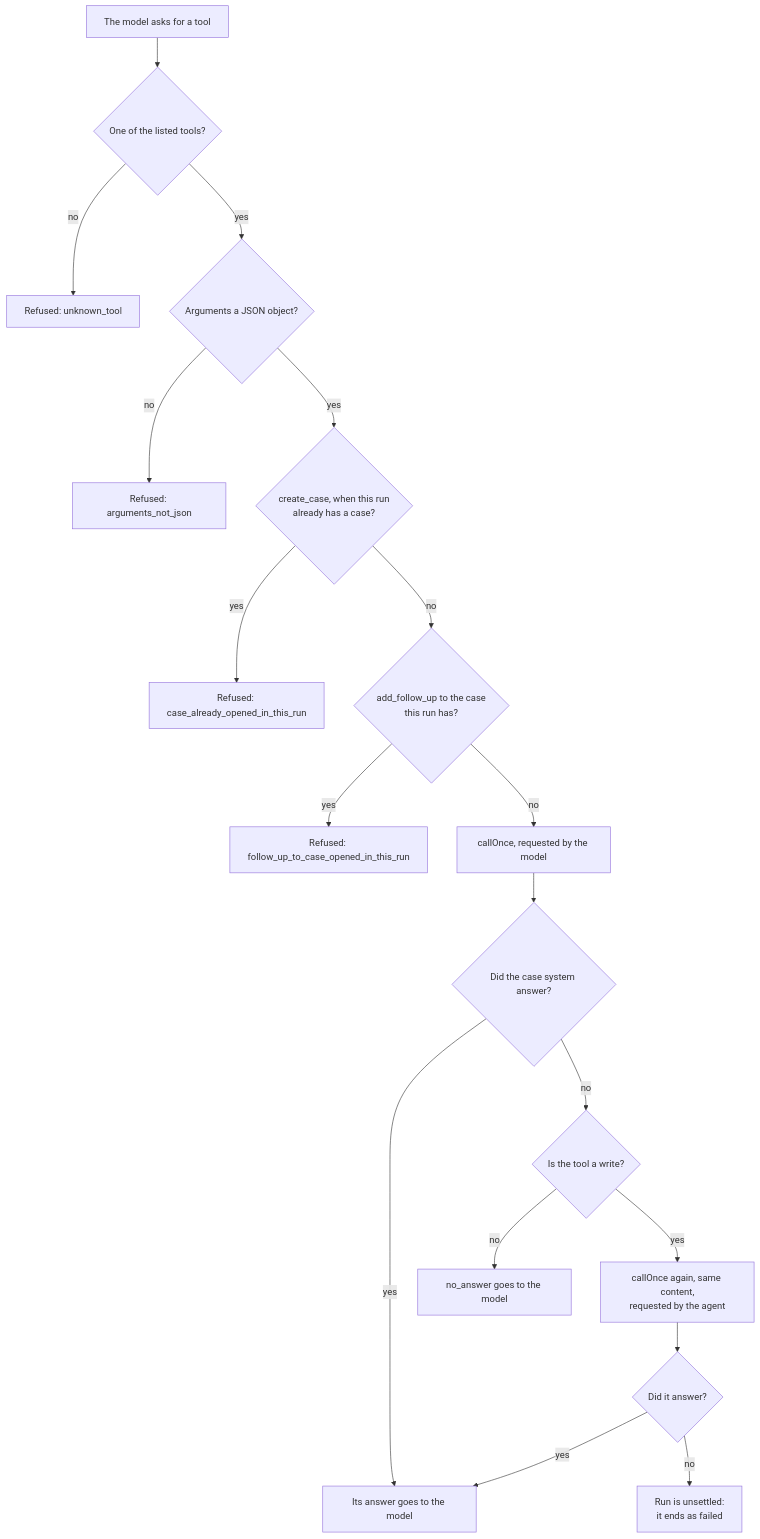
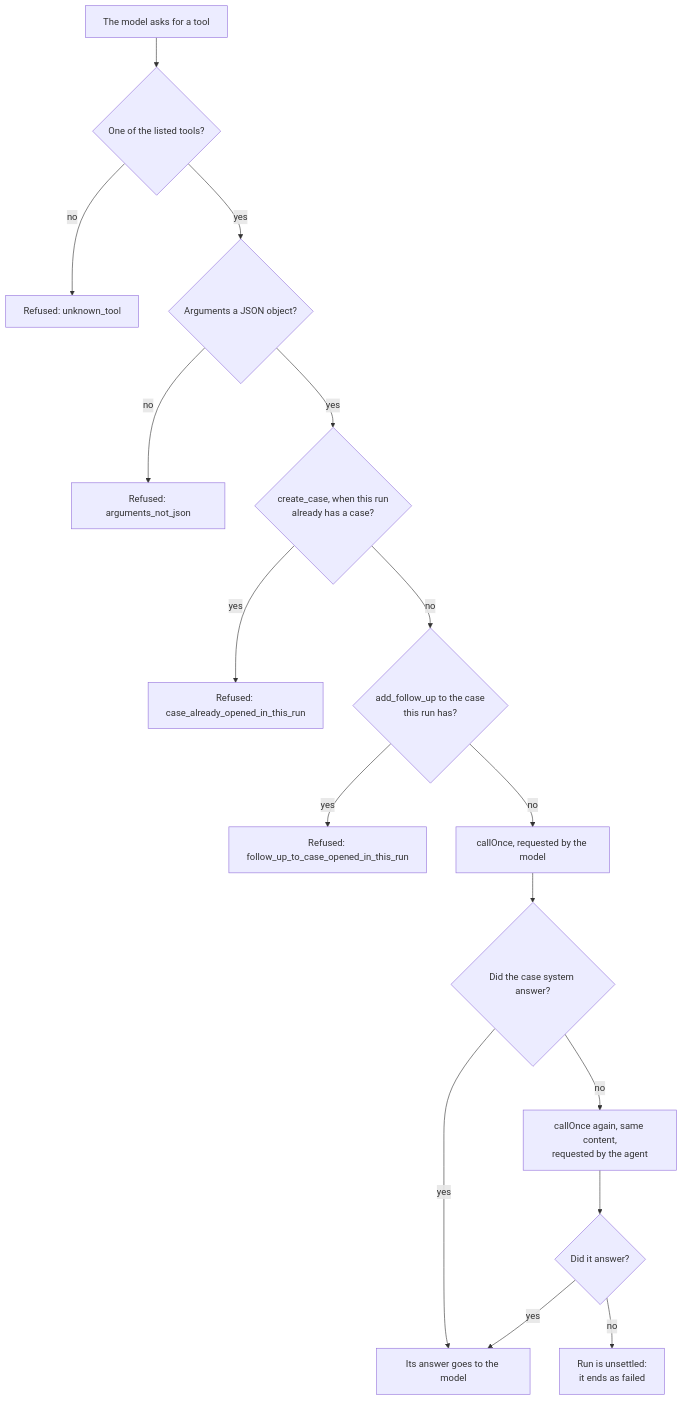
One commit to AndrewPHunter/ai-on-aws changed the third of 4 diagrams in docs/architecture/intake-agent-handwritten.md. Above: the diagram before and after it, drawn with Mermaid. The commit also changed other lines of this file and 6 other files, not shown here.

Commit message:
Intake agents: a lookup that is offered is neither shown to the model nor callable, and a branch for tools that do not write is gone

````diff
--- a/docs/architecture/intake-agent-handwritten.md
+++ b/docs/architecture/intake-agent-handwritten.md
@@ -161,20 +161,18 @@
 ```mermaid
 flowchart TD
     A["The model asks for a tool"] --> B{"One of the listed tools?"}
     B -- no --> R1["Refused: unknown_tool"]
     B -- yes --> C{"Arguments a JSON object?"}
     C -- no --> R2["Refused: arguments_not_json"]
     C -- yes --> D{"create_case, when this run<br/>already has a case?"}
     D -- yes --> R3["Refused: case_already_opened_in_this_run"]
     D -- no --> E{"add_follow_up to the case<br/>this run has?"}
     E -- yes --> R4["Refused: follow_up_to_case_opened_in_this_run"]
     E -- no --> F["callOnce, requested by the model"]
     F --> G{"Did the case system answer?"}
     G -- yes --> OK["Its answer goes to the model"]
-    G -- no --> H{"Is the tool a write?"}
-    H -- no --> NA["no_answer goes to the model"]
-    H -- yes --> I["callOnce again, same content,<br/>requested by the agent"]
+    G -- no --> I["callOnce again, same content,<br/>requested by the agent"]
     I --> J{"Did it answer?"}
     J -- yes --> OK
     J -- no --> U["Run is unsettled:<br/>it ends as failed"]
 ```
````
